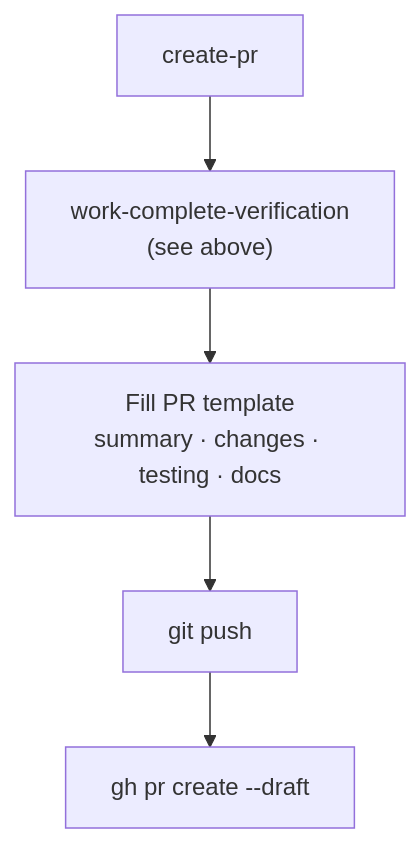
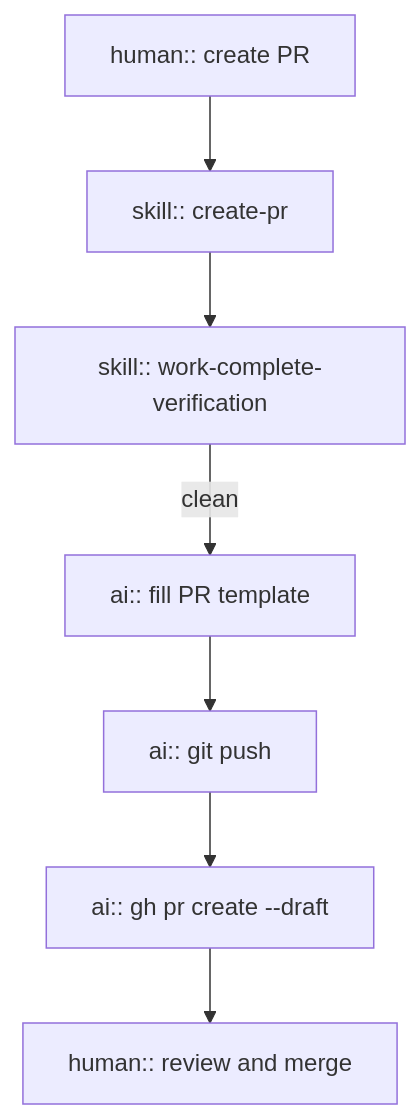
Before and after one commit to tcamise-gpsw/ai-golden-repo: the fourth of 5 diagrams in README-META.md, drawn with Mermaid. The commit also changed other lines of this file, not shown here.

First line of the commit message:
docs: clarify workflow diagrams with human/ai/skill prefixes

````diff
--- a/README-META.md
+++ b/README-META.md
@@ -135,7 +136,9 @@
 ```mermaid
 flowchart TD
-    CreatePR["create-pr"] --> WCV["work-complete-verification\n(see above)"]
-    WCV --> Template["Fill PR template\nsummary · changes · testing · docs"]
-    Template --> Push["git push"]
-    Push --> GH["gh pr create --draft"]
+    A["human:: create PR"] --> B["skill:: create-pr"]
+    B --> C["skill:: work-complete-verification"]
+    C -->|clean| D["ai:: fill PR template"]
+    D --> E["ai:: git push"]
+    E --> F["ai:: gh pr create --draft"]
+    F --> G["human:: review and merge"]
 ```
````
